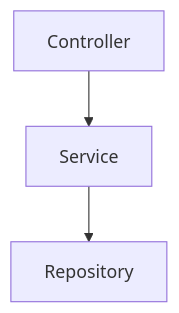
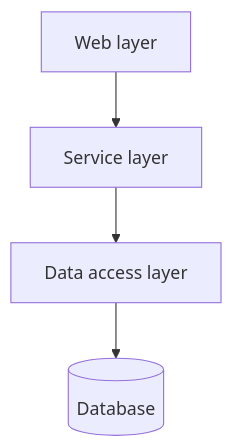
The diagram in Backend/Application architecture patterns/Layered Architecture.md (Bezugsmolluske/knowledge-base), drawn with Mermaid before and after one commit. The commit also changed other lines of this file and 15 other files, not shown here.

````diff
--- a/Backend/Application architecture patterns/Layered Architecture.md
+++ b/Backend/Application architecture patterns/Layered Architecture.md
@@ -19,5 +26,6 @@
 ```mermaid
 graph TD
-C[Controller] --> S[Service]
-S --> R[Repository]
+C[Web layer] --> S[Service layer]
+S --> R[Data access layer]
+R --> DB[(Database)]
 ```
````
